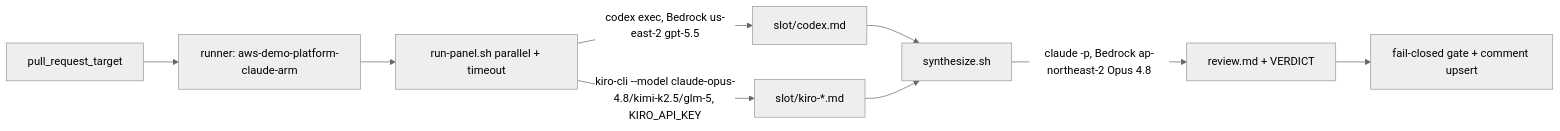
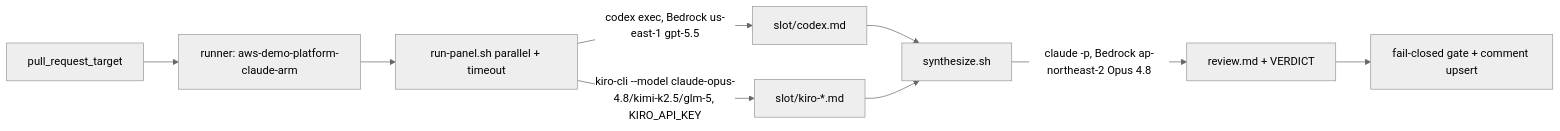
One commit to Atom-oh/AWS-Demo-Platform changed the diagram in docs/decisions/ADR-007-multi-ai-pr-review-panel.md. Above: the diagram before and after it, drawn with Mermaid (neutral theme). The commit also changed other lines of this file and 7 other files, not shown here.

````diff
--- a/docs/decisions/ADR-007-multi-ai-pr-review-panel.md
+++ b/docs/decisions/ADR-007-multi-ai-pr-review-panel.md
@@ -25,11 +25,11 @@
 ```mermaid
 flowchart LR
   PR[pull_request_target] --> RUN[runner: aws-demo-platform-claude-arm]
   RUN --> P[run-panel.sh parallel + timeout]
-  P -->|codex exec, Bedrock us-east-2 gpt-5.5| C[slot/codex.md]
+  P -->|codex exec, Bedrock us-east-1 gpt-5.5| C[slot/codex.md]
   P -->|kiro-cli --model claude-opus-4.8/kimi-k2.5/glm-5, KIRO_API_KEY| K[slot/kiro-*.md]
   C --> S[synthesize.sh]
   K --> S
   S -->|claude -p, Bedrock ap-northeast-2 Opus 4.8| R[review.md + VERDICT]
   R --> G[fail-closed gate + comment upsert]
 ```
````
